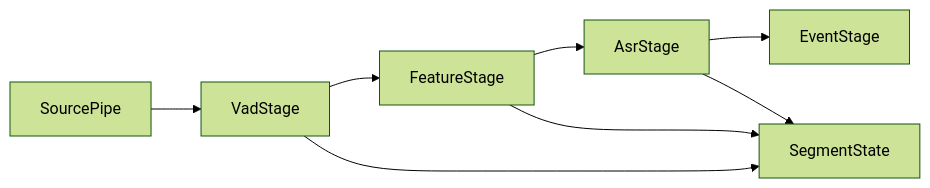
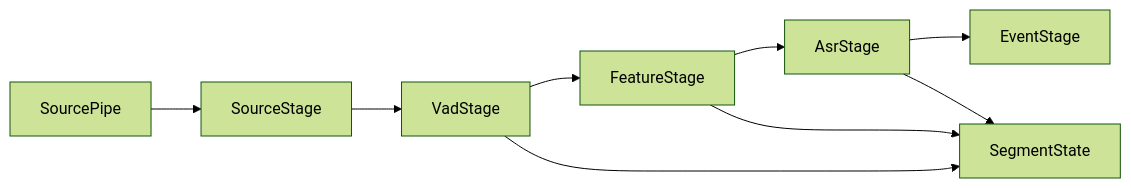
One commit to eagle-yw/Yspeech changed the second of 5 diagrams in doc/design.md. Above: the diagram before and after it, drawn with Mermaid (forest theme). The commit also changed other lines of this file and 50 other files, not shown here.

````diff
--- a/doc/design.md
+++ b/doc/design.md
@@ -46,17 +46,19 @@
 ```mermaid
 flowchart LR
-    source[SourcePipe]
+    ingress[SourcePipe]
+    source[SourceStage]
     vad[VadStage]
     feature[FeatureStage]
     asr[AsrStage]
     event[EventStage]
     segment[SegmentState]
 
+    ingress --> source
     source --> vad
     vad --> feature
     feature --> asr
     asr --> event
     vad --> segment
     feature --> segment
     asr --> segment
 ```
````
